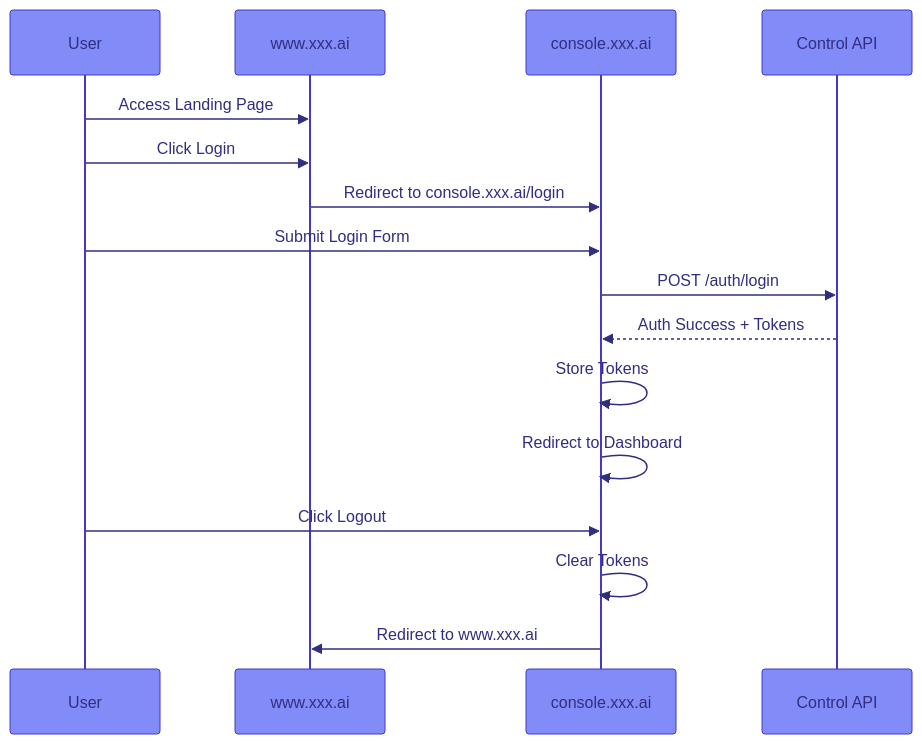
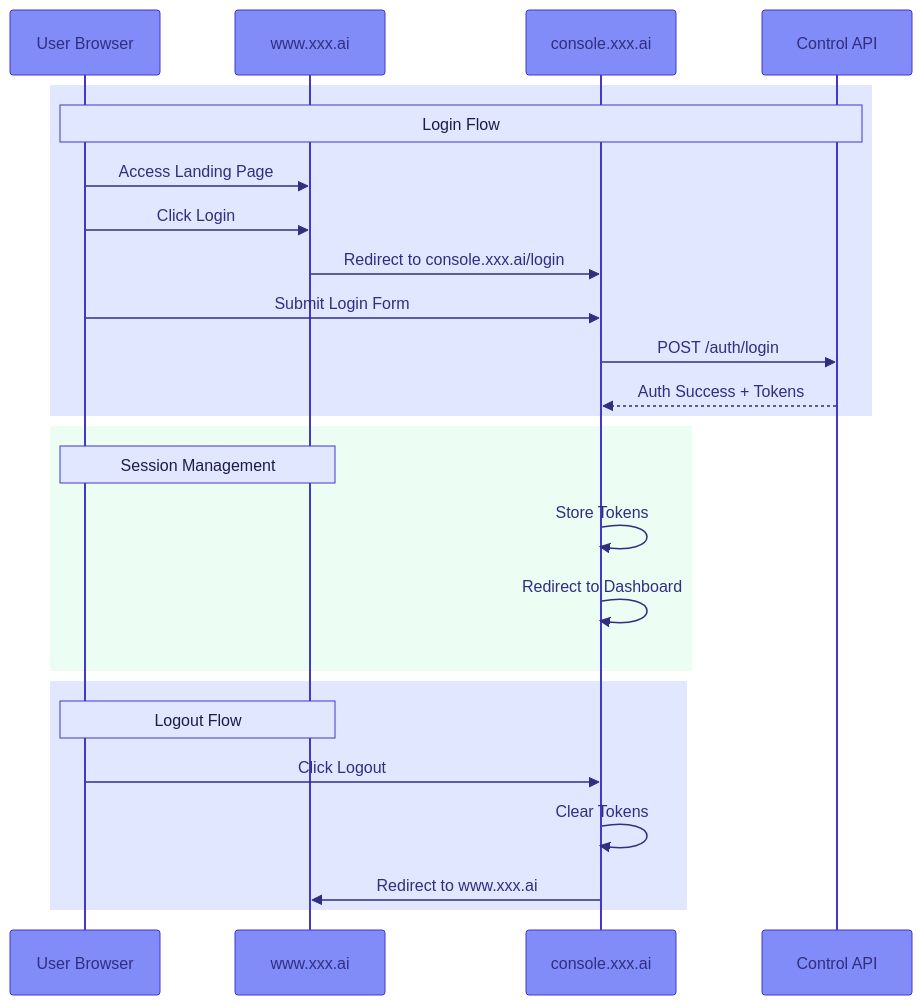
Before and after one commit to guanmasons/agentnet: the third of 3 diagrams in web-service.md, drawn with Mermaid. The commit also changed other lines of this file, not shown here.

````diff
--- a/web-service.md
+++ b/web-service.md
@@ -121,36 +149,48 @@
 ```mermaid
 %%{init: {
   'theme': 'base',
   'themeVariables': {
     'primaryColor': '#818CF8',
     'primaryTextColor': '#312E81',
     'primaryBorderColor': '#4338CA',
     'lineColor': '#6366F1',
     'secondaryColor': '#E0E7FF',
     'tertiaryColor': '#EEF2FF',
     'noteTextColor': '#1E1B4B',
     'noteBorderColor': '#4338CA',
-    'noteBkgColor': '#E0E7FF'
+    'noteBkgColor': '#E0E7FF',
+    'activationBorderColor': '#4338CA',
+    'activationBkgColor': '#EEF2FF',
+    'sequenceNumberColor': '#312E81'
   }
 }}%%
 sequenceDiagram
-    participant U as User
+    participant U as User Browser
     participant W as www.xxx.ai
     participant C as console.xxx.ai
     participant A as Control API
     
-    U->>W: Access Landing Page
-    U->>W: Click Login
-    W->>C: Redirect to console.xxx.ai/login
+    rect rgb(224, 231, 255)
+        Note over U,A: Login Flow
+        U->>W: Access Landing Page
+        U->>W: Click Login
+        W->>C: Redirect to console.xxx.ai/login
+        
+        U->>C: Submit Login Form
+        C->>A: POST /auth/login
+        A-->>C: Auth Success + Tokens
+    end
     
-    U->>C: Submit Login Form
-    C->>A: POST /auth/login
-    A-->>C: Auth Success + Tokens
+    rect rgb(236, 253, 243)
+        Note over U,W: Session Management
+        C->>C: Store Tokens
+        C->>C: Redirect to Dashboard
+    end
     
-    C->>C: Store Tokens
-    C->>C: Redirect to Dashboard
-    
-    U->>C: Click Logout
-    C->>C: Clear Tokens
-    C->>W: Redirect to www.xxx.ai
+    rect rgb(224, 231, 255)
+        Note over U,W: Logout Flow
+        U->>C: Click Logout
+        C->>C: Clear Tokens
+        C->>W: Redirect to www.xxx.ai
+    end
 ```
````
